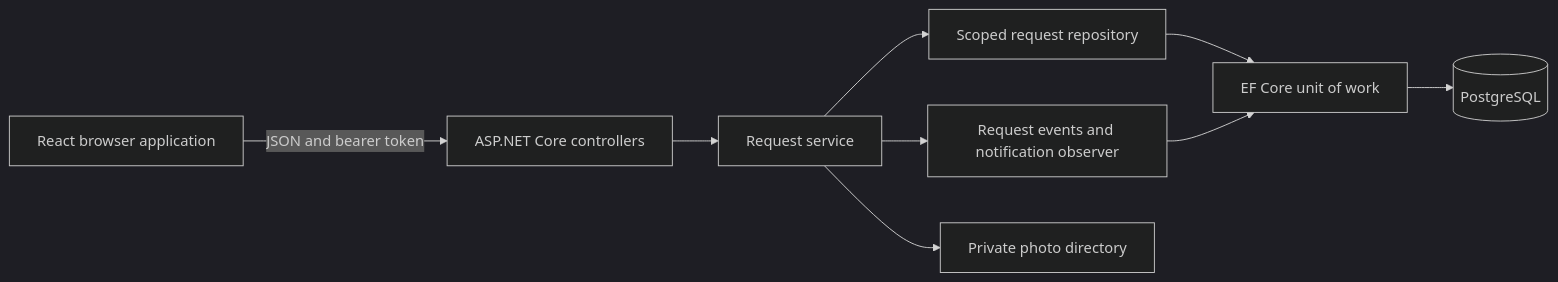
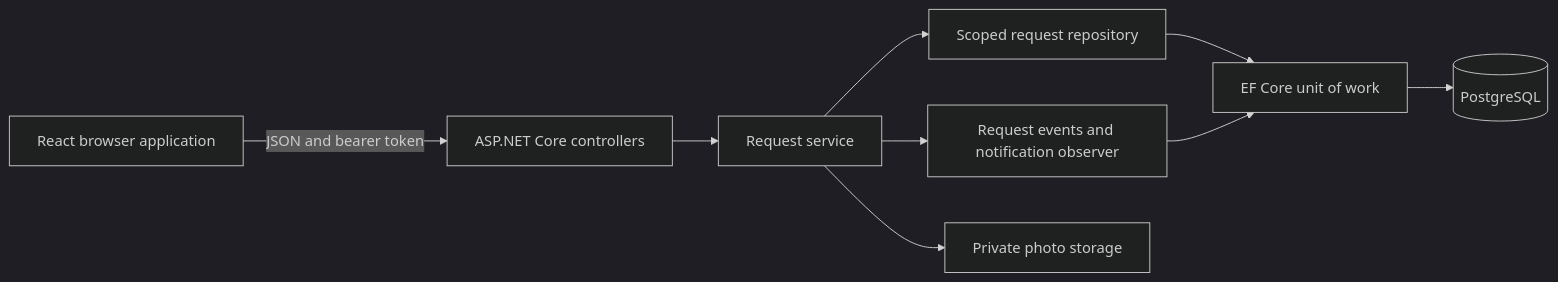
Before and after one commit to ST10445479-ConnorBettridge/INSY7315_PROPCARE_2: the first of 2 diagrams in docs/REQUIREMENTS.md, drawn with Mermaid (dark theme). The commit also changed other lines of this file and 3 other files, not shown here.

````diff
--- a/docs/REQUIREMENTS.md
+++ b/docs/REQUIREMENTS.md
@@ -23,11 +23,11 @@
 ```mermaid
 flowchart LR
   UI[React browser application] -->|JSON and bearer token| API[ASP.NET Core controllers]
   API --> SERVICE[Request service]
   SERVICE --> REPO[Scoped request repository]
   SERVICE --> EVENTS[Request events and notification observer]
   REPO --> EF[EF Core unit of work]
   EVENTS --> EF
   EF --> DB[(PostgreSQL)]
-  SERVICE --> FILES[Private photo directory]
+  SERVICE --> FILES[Private photo storage]
 ```
````
